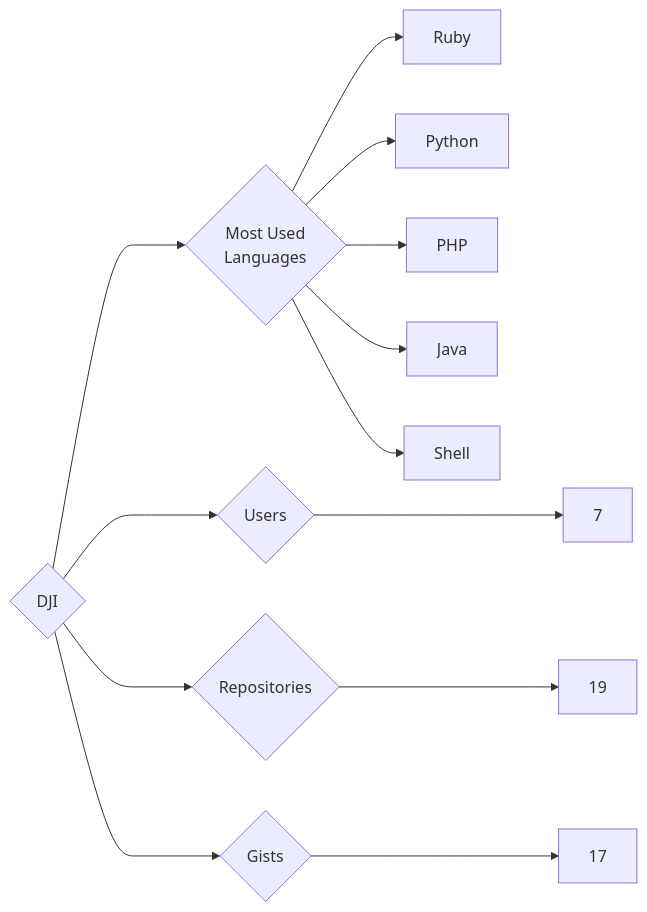
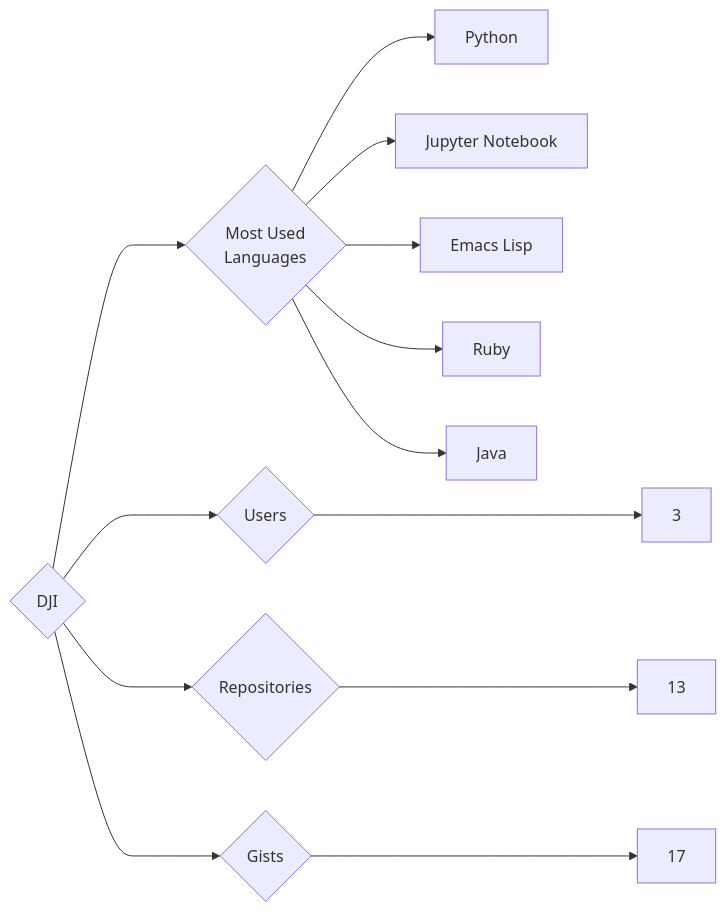
The diagram in targets/DJI/README.md (trickest/insiders), drawn with Mermaid before and after one commit. The commit also changed 1149 other files, not shown here.

````diff
--- a/targets/DJI/README.md
+++ b/targets/DJI/README.md
@@ -3,13 +3,13 @@
 ```mermaid
 graph LR
 COMPANY_NAME{DJI}
-COMPANY_NAME ---> U{Users} ---> UN[7]
-COMPANY_NAME ---> R{Repositories} ---> RN[19]
+COMPANY_NAME ---> U{Users} ---> UN[3]
+COMPANY_NAME ---> R{Repositories} ---> RN[13]
 COMPANY_NAME ---> G{Gists} ---> GN[17]
 COMPANY_NAME ---> ML{Most Used<br>Languages}
+ML --> Python[Python]
+ML --> Jupyter_Notebook[Jupyter Notebook]
+ML --> Emacs_Lisp[Emacs Lisp]
 ML --> Ruby[Ruby]
-ML --> Python[Python]
-ML --> PHP[PHP]
 ML --> Java[Java]
-ML --> Shell[Shell]
 ```
````
